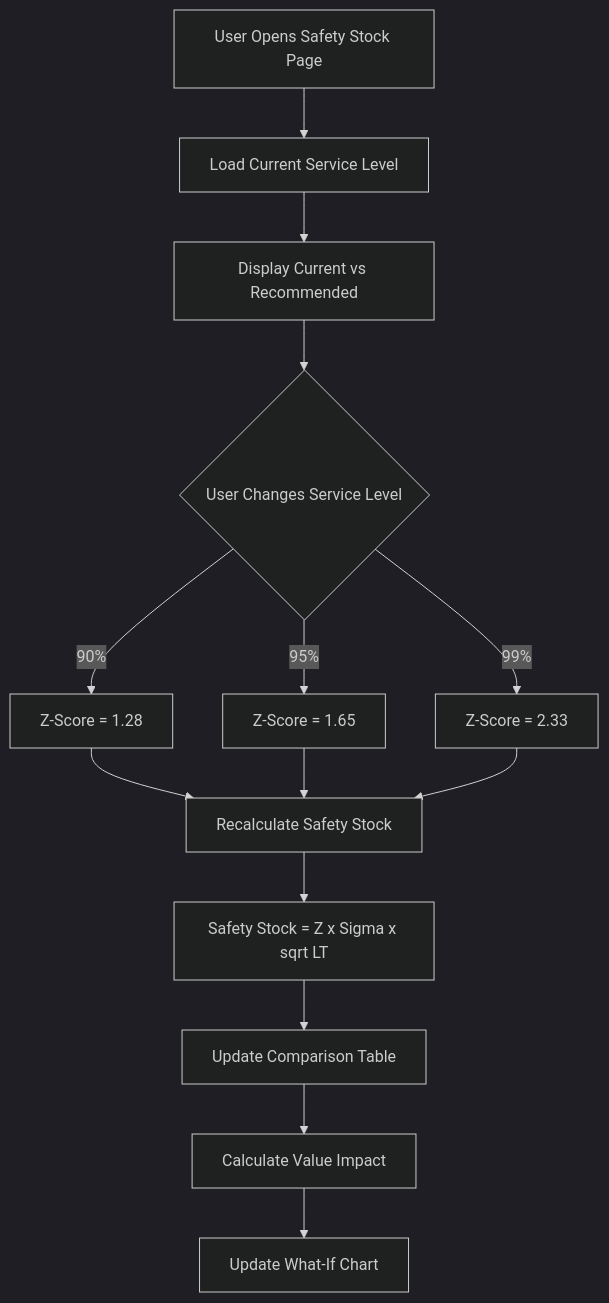
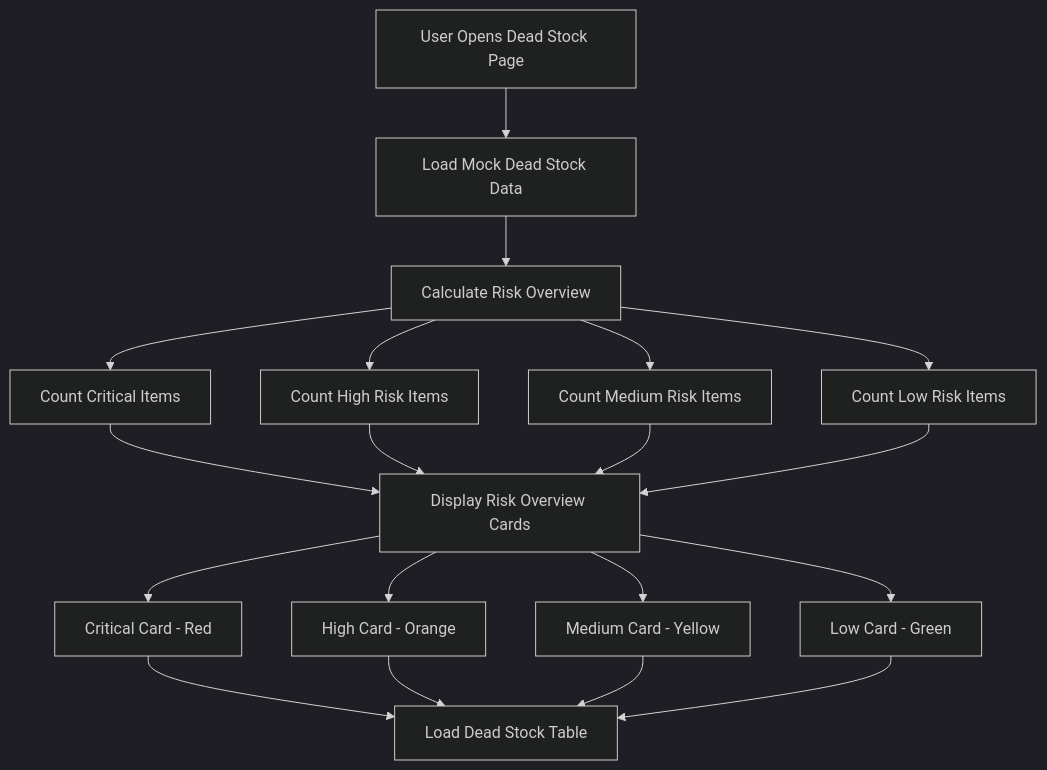
Diagram 11 of 32 in docs/app/operational-planning/inventory-planning/FD-inventory-planning.md (PeakMNA/carmen), drawn with Mermaid (dark theme) before and after one commit. The commit also changed other lines of this file and 473 other files, not shown here.

````diff
--- a/docs/app/operational-planning/inventory-planning/FD-inventory-planning.md
+++ b/docs/app/operational-planning/inventory-planning/FD-inventory-planning.md
@@ -241,19 +261,25 @@
 ```mermaid
 graph TB
-    A[User Opens Safety Stock Page] --> B[Load Current Service Level]
-    B --> C[Display Current vs Recommended]
+    A[User Opens Dead Stock Page] --> B[Load Mock Dead Stock Data]
+    B --> C[Calculate Risk Overview]
 
-    C --> D{User Changes Service Level}
-    D -->|90%| E[Z-Score = 1.28]
-    D -->|95%| F[Z-Score = 1.65]
-    D -->|99%| G[Z-Score = 2.33]
+    C --> D[Count Critical Items]
+    C --> E[Count High Risk Items]
+    C --> F[Count Medium Risk Items]
+    C --> G[Count Low Risk Items]
 
-    E --> H[Recalculate Safety Stock]
+    D --> H[Display Risk Overview Cards]
+    E --> H
     F --> H
     G --> H
 
-    H --> I[Safety Stock = Z x Sigma x sqrt LT]
-    I --> J[Update Comparison Table]
-    J --> K[Calculate Value Impact]
-    K --> L[Update What-If Chart]
+    H --> I[Critical Card - Red]
+    H --> J[High Card - Orange]
+    H --> K[Medium Card - Yellow]
+    H --> L[Low Card - Green]
+
+    I --> M[Load Dead Stock Table]
+    J --> M
+    K --> M
+    L --> M
 ```
````
